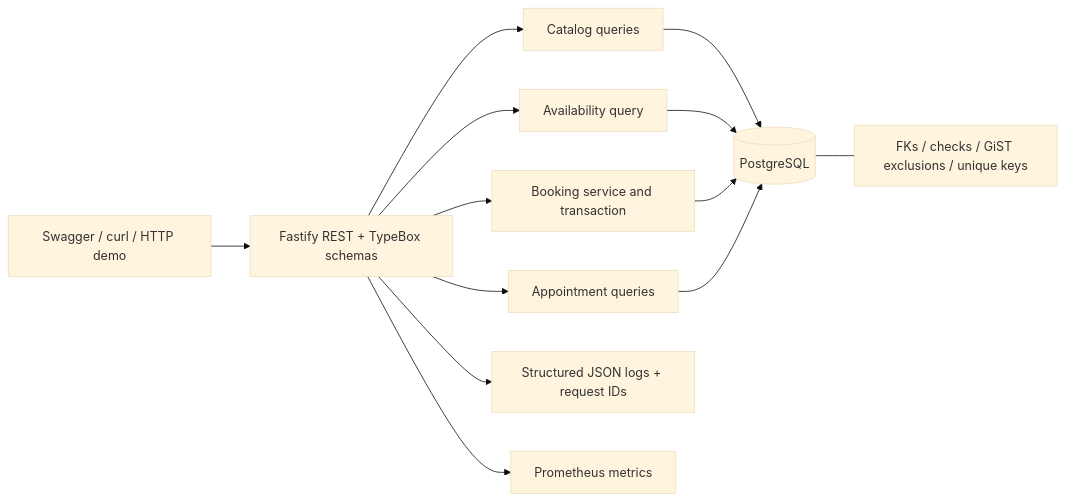
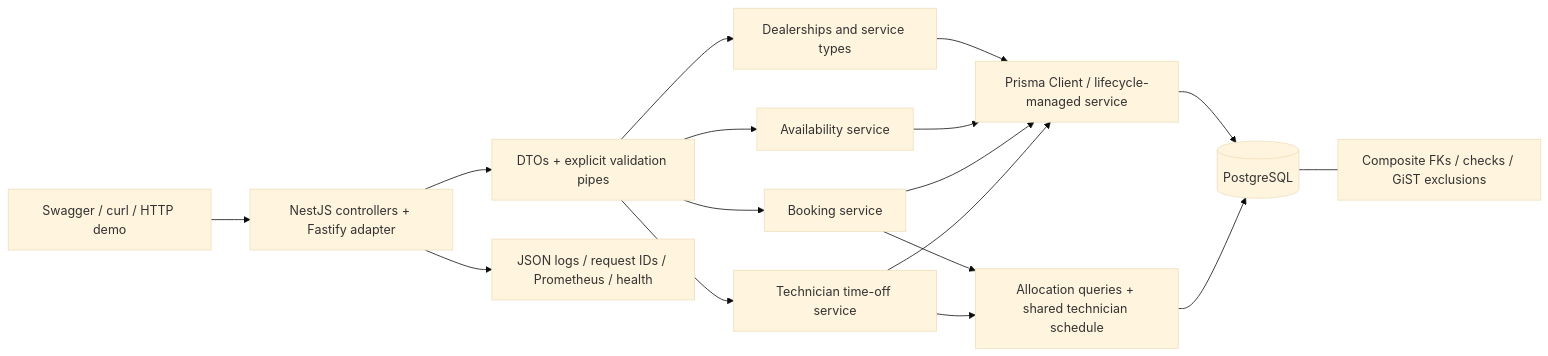
Before and after one commit to quanfoo/car_maintenance_scheduler: the first of 2 diagrams in docs/system-design.md, drawn with Mermaid (base theme). The commit also changed other lines of this file and 5 other files, not shown here.

Commit message:
docs: record NestJS Prisma time-off architecture and verification

````diff
--- a/docs/system-design.md
+++ b/docs/system-design.md
@@ -19,15 +21,19 @@
 ```mermaid
 flowchart LR
-  Client[Swagger / curl / HTTP demo] --> API[Fastify REST + TypeBox schemas]
-  API --> Catalog[Catalog queries]
-  API --> Availability[Availability query]
-  API --> Booking[Booking service and transaction]
-  API --> Reading[Appointment queries]
-  Catalog --> DB[(PostgreSQL)]
-  Availability --> DB
-  Booking --> DB
-  Reading --> DB
-  DB --- Constraints[FKs / checks / GiST exclusions / unique keys]
-  API --> Logs[Structured JSON logs + request IDs]
-  API --> Metrics[Prometheus metrics]
+  Client[Swagger / curl / HTTP demo] --> API[NestJS controllers + Fastify adapter]
+  API --> DTO[DTOs + explicit validation pipes]
+  DTO --> Catalog[Dealerships and service types]
+  DTO --> Availability[Availability service]
+  DTO --> Booking[Booking service]
+  DTO --> Leave[Technician time-off service]
+  Catalog --> Prisma[Prisma Client / lifecycle-managed service]
+  Availability --> Prisma
+  Booking --> Prisma
+  Leave --> Prisma
+  Booking --> Locks[Allocation queries + shared technician schedule]
+  Leave --> Locks
+  Prisma --> DB[(PostgreSQL)]
+  Locks --> DB
+  DB --- Integrity[Composite FKs / checks / GiST exclusions]
+  API --> Ops[JSON logs / request IDs / Prometheus / health]
 ```
````
